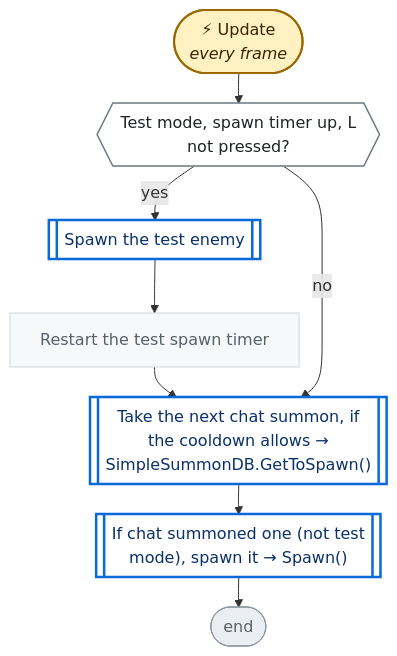
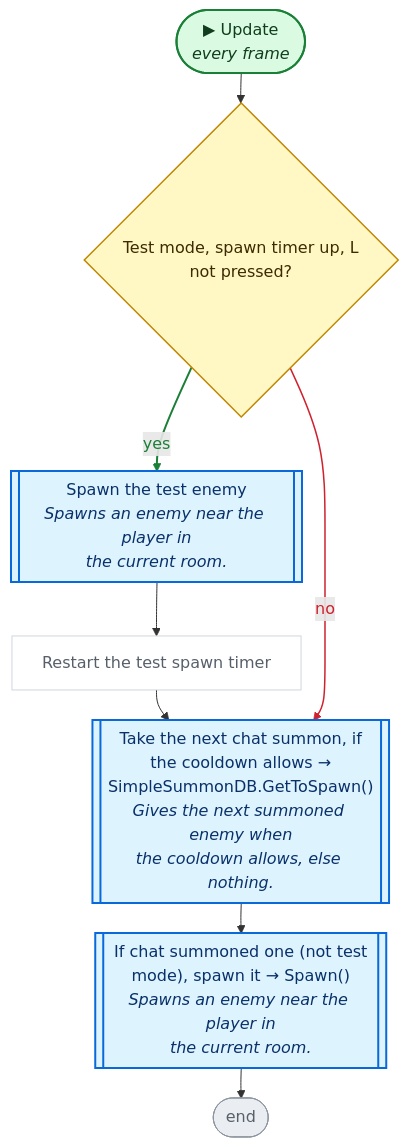
The fourth of 7 diagrams in CodeGraph~/graph/GameManager.cs.md (nataiai/Lord-of-the-Dungeon), drawn with Mermaid before and after one commit. The commit also changed other lines of this file and 44 other files, not shown here.

````diff
--- a/CodeGraph~/graph/GameManager.cs.md
+++ b/CodeGraph~/graph/GameManager.cs.md
@@ -189,39 +208,45 @@
 ```mermaid
 ---
 config:
   flowchart:
     wrappingWidth: 260
     nodeSpacing: 26
     rankSpacing: 30
 ---
 flowchart TD
-  nS(["⚡ Update<br><i>every frame</i>"])
-  n3e5eab{{"Test mode, spawn timer up, L<br>not pressed?"}}
-  ne508c8[["Spawn the test enemy"]]
+  nS(["▶ Update<br><i>every frame</i>"])
+  n3e5eab{"Test mode, spawn timer up, L<br>not pressed?"}
+  ne508c8[["Spawn the test enemy<br><i>Spawns an enemy near the player in</i><br><i>the current room.</i>"]]
   na1060f["Restart the test spawn timer"]
-  n9e886c[["Take the next chat summon, if<br>the cooldown allows →<br>SimpleSummonDB.GetToSpawn()"]]
-  n0f2912[["If chat summoned one (not test<br>mode), spawn it → Spawn()"]]
+  n9e886c[["Take the next chat summon, if<br>the cooldown allows →<br>SimpleSummonDB.GetToSpawn()<br><i>Gives the next summoned enemy when</i><br><i>the cooldown allows, else nothing.</i>"]]
+  n0f2912[["If chat summoned one (not test<br>mode), spawn it → Spawn()<br><i>Spawns an enemy near the player in</i><br><i>the current room.</i>"]]
   nE(["end"])
   nS --> n3e5eab
   n3e5eab -->|yes| ne508c8
   ne508c8 --> na1060f
   na1060f --> n9e886c
   n3e5eab -->|no| n9e886c
   n9e886c --> n0f2912
   n0f2912 --> nE
-  classDef unity fill:#fff1c2,stroke:#9a6700,stroke-width:2px,color:#3b2300
-  classDef start fill:#ddf4ff,stroke:#0969da,stroke-width:2px,color:#0a3069
-  classDef calc fill:#f6f8fa,stroke:#d0d7de,color:#57606a
-  classDef calls fill:#ffffff,stroke:#0969da,stroke-width:2.5px,color:#0a3069
-  classDef cond fill:#ffffff,stroke:#6e7781,stroke-width:1.5px,color:#1f2328
-  classDef loop fill:#fbefff,stroke:#8250df,color:#3e1f79
-  classDef exit fill:#eaeef2,stroke:#57606a,color:#24292f
-  classDef wait fill:#fff8f0,stroke:#bc4c00,color:#4d1d00
+  linkStyle 1 stroke:#1a7f37,stroke-width:2px,color:#1a7f37
+  linkStyle 4 stroke:#cf222e,stroke-width:1.5px,color:#cf222e
+  classDef unity fill:#dafbe1,stroke:#1a7f37,stroke-width:2px,color:#0f3d1d
+  classDef start fill:#dafbe1,stroke:#1a7f37,stroke-width:2px,color:#0f3d1d
+  classDef calc fill:#ffffff,stroke:#d0d7de,color:#57606a
+  classDef calls fill:#ddf4ff,stroke:#0969da,stroke-width:2px,color:#0a3069
+  classDef ext fill:#ddf4ff,stroke:#0969da,stroke-width:2px,stroke-dasharray:5 3,color:#0a3069
+  classDef cond fill:#fff8c5,stroke:#bf8700,stroke-width:1.5px,color:#3d2a00
+  classDef loop fill:#f6f8fa,stroke:#57606a,color:#1f2328
+  classDef exit fill:#ffebe9,stroke:#cf222e,color:#82071e
+  classDef kill fill:#ffebe9,stroke:#cf222e,stroke-width:2px,color:#82071e
+  classDef spawn fill:#dafbe1,stroke:#1a7f37,stroke-width:2px,color:#0f3d1d
+  classDef wait fill:#fff1e5,stroke:#bc4c00,color:#4d1d00
   classDef fin fill:#eaeef2,stroke:#8c959f,color:#57606a
   classDef join fill:#d0d7de,stroke:#8c959f,color:#57606a
+  classDef ghdr fill:#f5f9ff,stroke:#f5f9ff,color:#0a3069,font-weight:bold
   class na1060f calc
   class ne508c8,n9e886c,n0f2912 calls
   class n3e5eab cond
   class nE fin
   class nS unity
 ```
````
